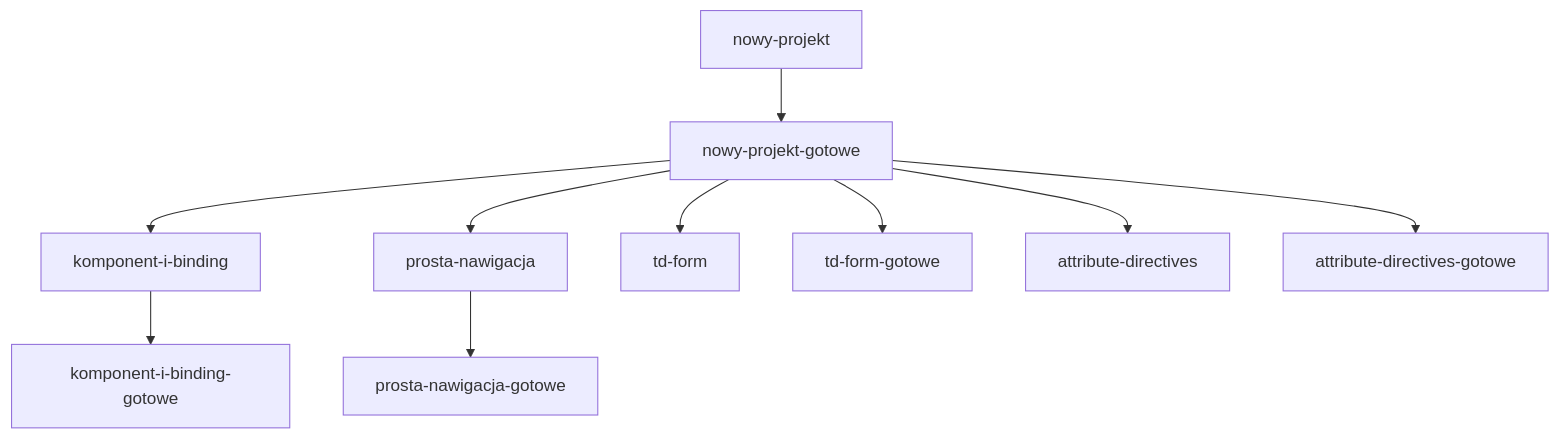
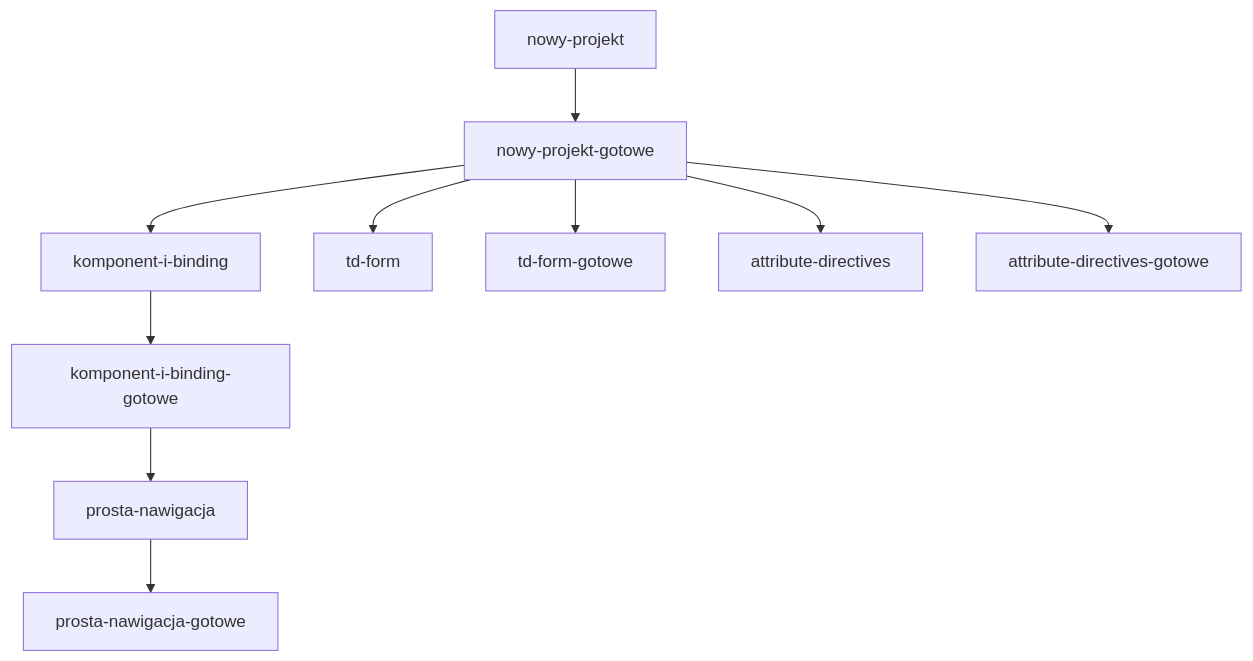
Before and after one commit to jkatnik/powtorki-ng: the diagram in ZADANIA.md, drawn with Mermaid.

````diff
--- a/ZADANIA.md
+++ b/ZADANIA.md
@@ -1,18 +1,18 @@
 ```mermaid
 graph TD;
 
 nowy-projekt --> nowy-projekt-gotowe
 
 nowy-projekt-gotowe --> komponent-i-binding
 komponent-i-binding --> komponent-i-binding-gotowe
 
-nowy-projekt-gotowe --> prosta-nawigacja
+komponent-i-binding-gotowe --> prosta-nawigacja
 prosta-nawigacja --> prosta-nawigacja-gotowe
 
 nowy-projekt-gotowe --> td-form
 nowy-projekt-gotowe --> td-form-gotowe
 
 nowy-projekt-gotowe --> attribute-directives
 nowy-projekt-gotowe --> attribute-directives-gotowe
 
 ```
````
